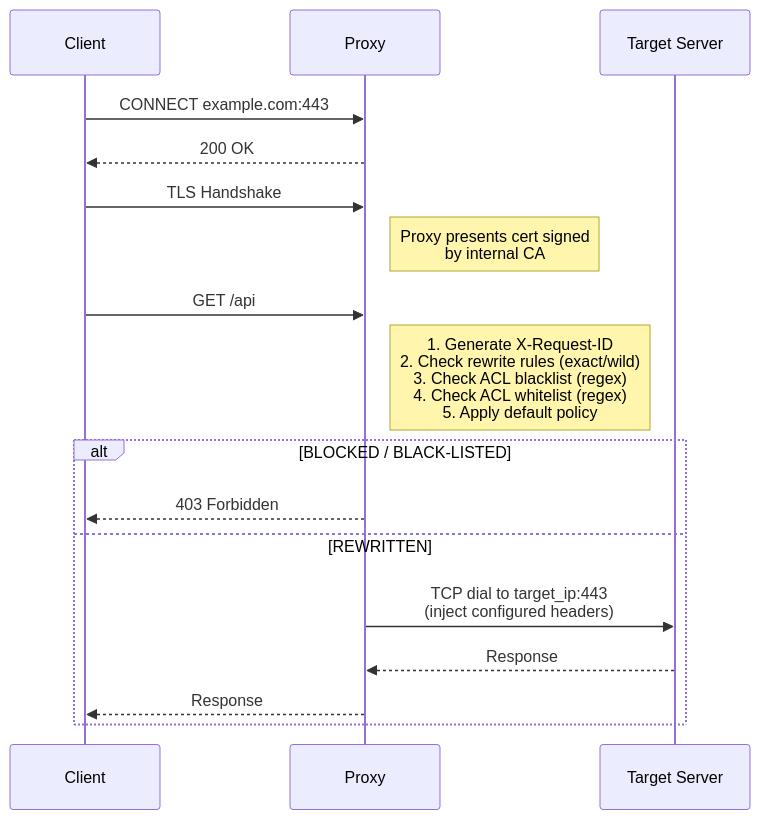
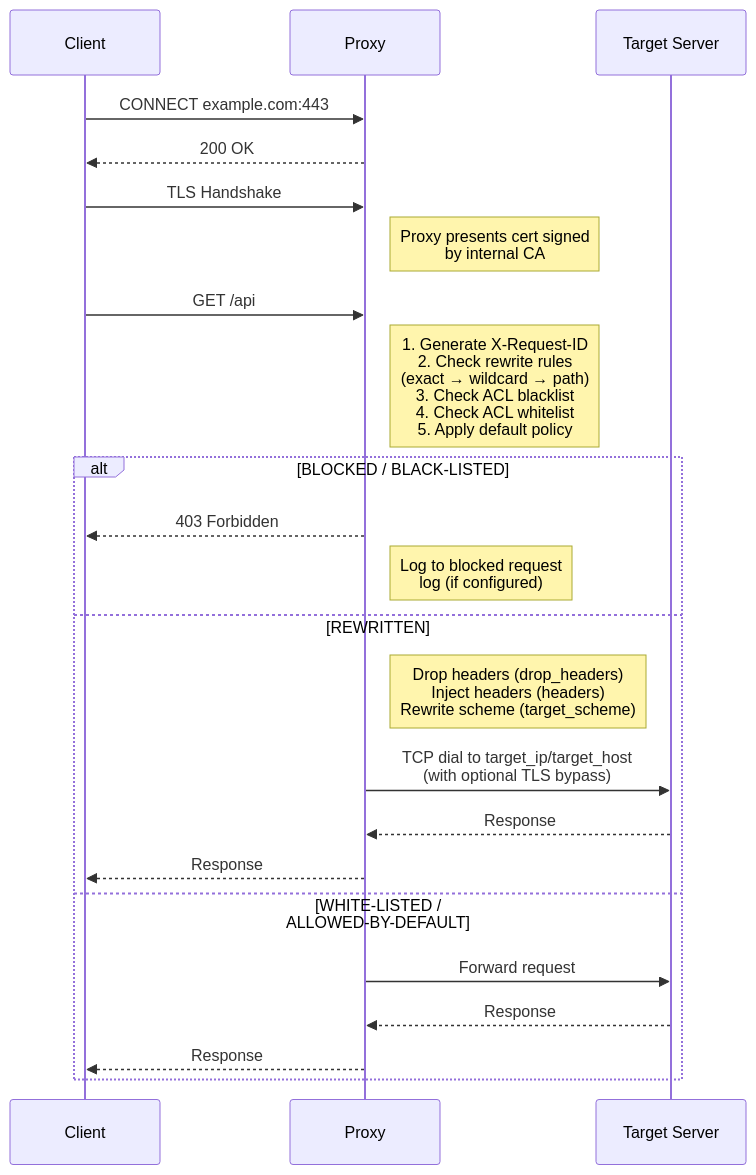
Before and after one commit to datarocks-ag/go-egress-mitm-proxy: the first of 4 diagrams in doc/architecture.md, drawn with Mermaid. The commit also changed other lines of this file and 6 other files, not shown here.

First line of the commit message:
Add target_scheme and drop_headers rewrite options, update docs

````diff
--- a/doc/architecture.md
+++ b/doc/architecture.md
@@ -9,23 +9,29 @@
 ```mermaid
 sequenceDiagram
     participant Client
     participant Proxy
     participant Target as Target Server
 
     Client->>Proxy: CONNECT example.com:443
     Proxy-->>Client: 200 OK
 
     Client->>Proxy: TLS Handshake
     Note right of Proxy: Proxy presents cert signed<br/>by internal CA
 
     Client->>Proxy: GET /api
-    Note right of Proxy: 1. Generate X-Request-ID<br/>2. Check rewrite rules (exact/wild)<br/>3. Check ACL blacklist (regex)<br/>4. Check ACL whitelist (regex)<br/>5. Apply default policy
+    Note right of Proxy: 1. Generate X-Request-ID<br/>2. Check rewrite rules<br/>   (exact → wildcard → path)<br/>3. Check ACL blacklist<br/>4. Check ACL whitelist<br/>5. Apply default policy
 
     alt BLOCKED / BLACK-LISTED
         Proxy-->>Client: 403 Forbidden
+        Note right of Proxy: Log to blocked request<br/>log (if configured)
     else REWRITTEN
-        Proxy->>Target: TCP dial to target_ip:443<br/>(inject configured headers)
+        Note right of Proxy: Drop headers (drop_headers)<br/>Inject headers (headers)<br/>Rewrite scheme (target_scheme)
+        Proxy->>Target: TCP dial to target_ip/target_host<br/>(with optional TLS bypass)
+        Target-->>Proxy: Response
+        Proxy-->>Client: Response
+    else WHITE-LISTED / ALLOWED-BY-DEFAULT
+        Proxy->>Target: Forward request
         Target-->>Proxy: Response
         Proxy-->>Client: Response
     end
 ```
````
